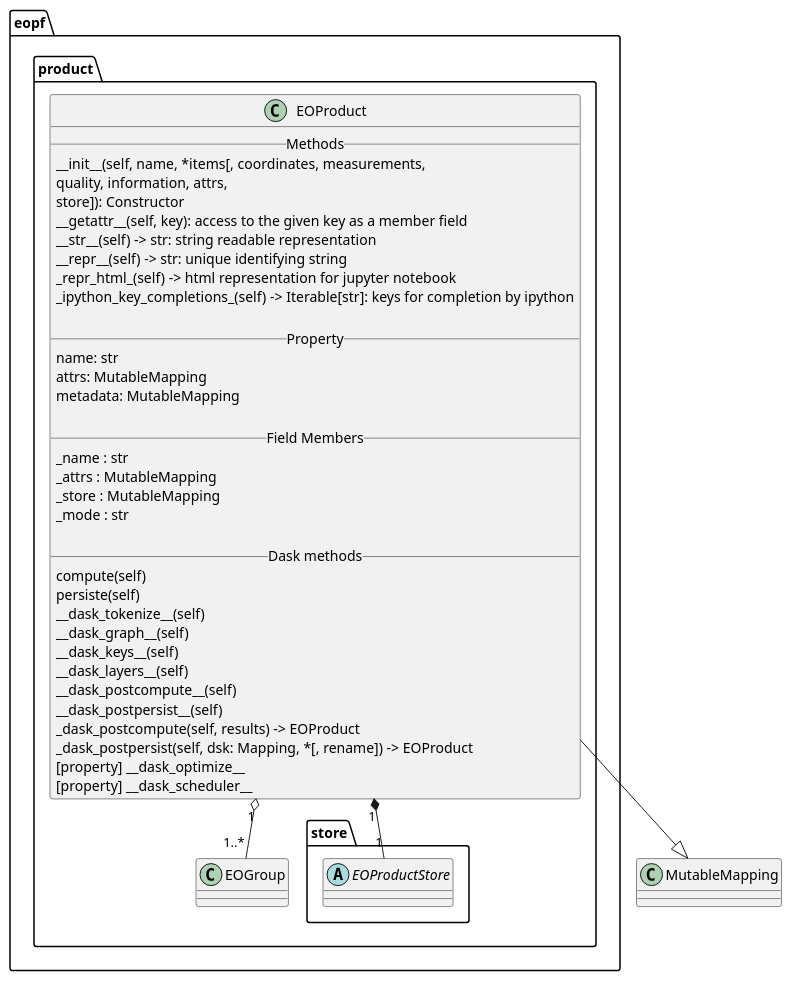
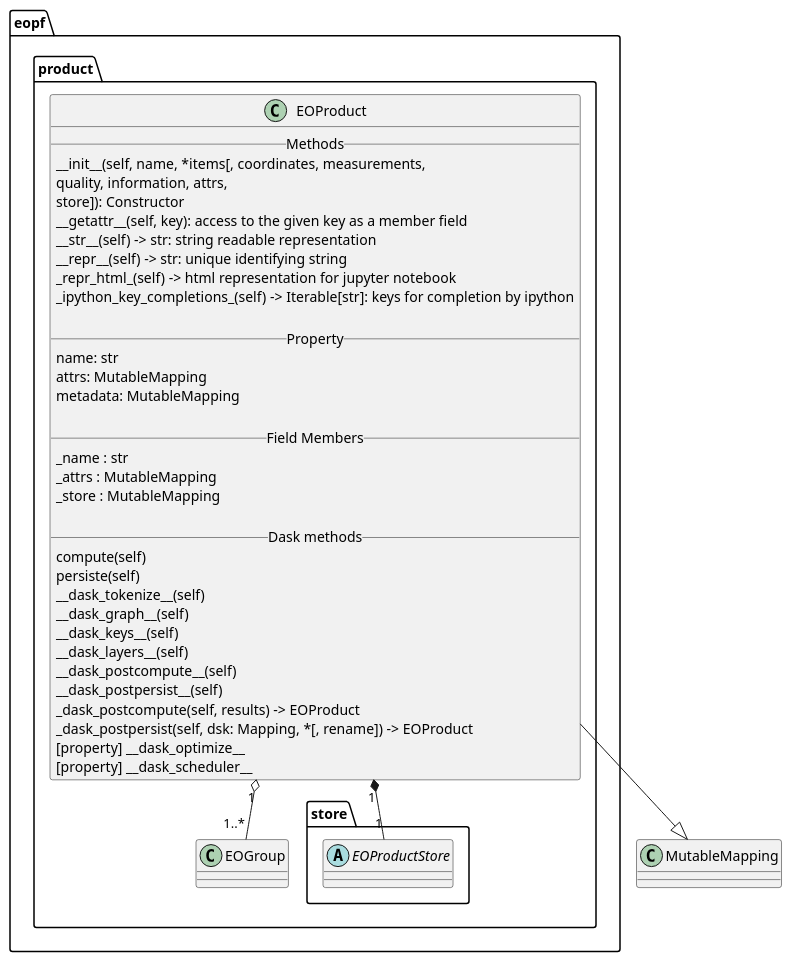
One commit to CSC-DPR/eopf-cpm changed the diagram in docs/plantuml/eopf_product_eoproduct.puml. Above: the diagram before and after it, drawn with PlantUML. The commit also changed 2 other files, not shown here.

Commit message:
fix: plantuml design for eoproductstore

```diff
--- a/docs/plantuml/eopf_product_eoproduct.puml
+++ b/docs/plantuml/eopf_product_eoproduct.puml
@@ -1,50 +1,48 @@
 @startuml
 package eopf.product {
     class EOProduct {
         ' EOProduct class shall implement Python magic/dunder methods necessary to emulate MutableMapping[Hashable, Group] type. The (Hashable) 'key' being the name of the group.
         __ Methods __
         __init__(self, name, *items[, coordinates, measurements,
             quality, information, attrs,
             store]): Constructor
         __getattr__(self, key): access to the given key as a member field
         __str__(self) -> str: string readable representation
         __repr__(self) -> str: unique identifying string
         _repr_html_(self) -> html representation for jupyter notebook
         _ipython_key_completions_(self) -> Iterable[str]: keys for completion by ipython
 
         __ Property __
         name: str
         attrs: MutableMapping
         metadata: MutableMapping
 
         __ Field Members __
         _name : str
         _attrs : MutableMapping
         _store : MutableMapping
-        ' reading/writing mode
-        _mode : str
 
         __ Dask methods __
         compute(self)
         persiste(self)
         __dask_tokenize__(self)
         __dask_graph__(self)
         __dask_keys__(self)
         __dask_layers__(self)
         __dask_postcompute__(self)
         __dask_postpersist__(self)
         _dask_postcompute(self, results) -> EOProduct
         _dask_postpersist(self, dsk: Mapping, *[, rename]) -> EOProduct
         [property] __dask_optimize__
         [property] __dask_scheduler__
     }
     package store {
         abstract EOProductStore
     }
     EOProduct "1" o-- "1..*" EOGroup
 }
 
 EOProduct --|> MutableMapping
 
 EOProduct "1" *-- "1" EOProductStore
 @enduml
```
